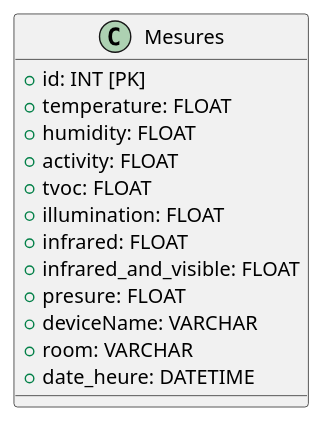
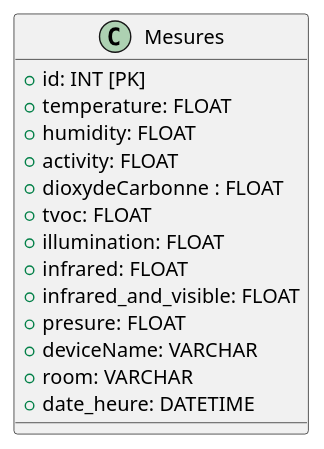
The diagram in Docker/BD/diagramme_de_classe_bd.plantuml (IUT-Blagnac/sae3-01-devapp-g3a-1), drawn with PlantUML before and after one commit. The commit also changed 13 other files, not shown here.

```diff
--- a/Docker/BD/diagramme_de_classe_bd.plantuml
+++ b/Docker/BD/diagramme_de_classe_bd.plantuml
@@ -1,16 +1,17 @@
 @startuml
 class Mesures {
   + id: INT [PK]
   + temperature: FLOAT
   + humidity: FLOAT
   + activity: FLOAT
+  + dioxydeCarbonne : FLOAT
   + tvoc: FLOAT
   + illumination: FLOAT
   + infrared: FLOAT
   + infrared_and_visible: FLOAT
   + presure: FLOAT
   + deviceName: VARCHAR
   + room: VARCHAR
   + date_heure: DATETIME
 }
 @enduml
```
